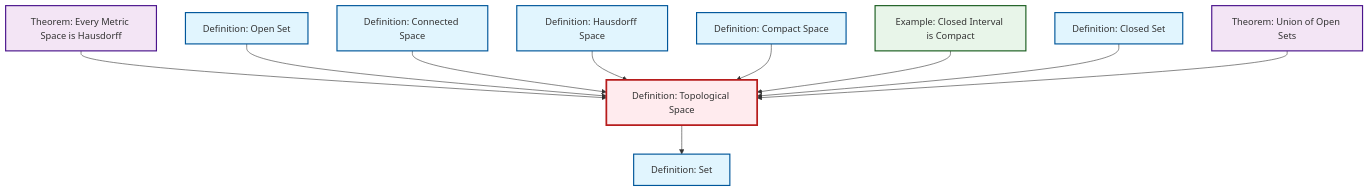
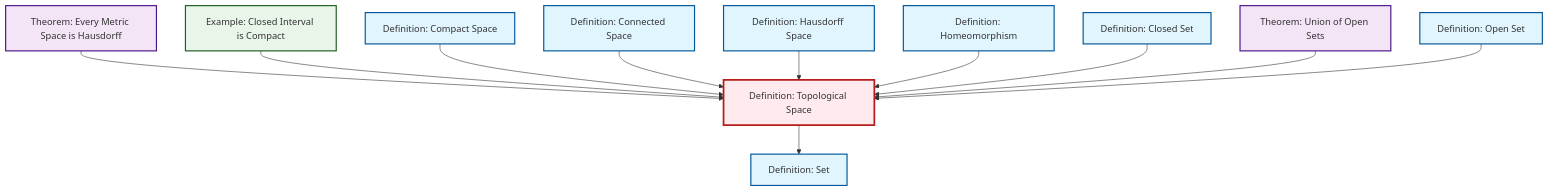
One commit to RK0429/ModernMath changed the diagram in content/en/topology/def-topological-space.qmd. Above: the diagram before and after it, drawn with Mermaid. The commit also changed 474 other files, not shown here.

````diff
--- a/content/en/topology/def-topological-space.qmd
+++ b/content/en/topology/def-topological-space.qmd
@@ -59,38 +59,41 @@
 ```{mermaid}
 %%| fig-cap: "Local dependency graph"
 graph TD
     classDef definition fill:#e1f5fe,stroke:#01579b,stroke-width:2px
     classDef theorem fill:#f3e5f5,stroke:#4a148c,stroke-width:2px
     classDef axiom fill:#fff3e0,stroke:#e65100,stroke-width:2px
     classDef example fill:#e8f5e9,stroke:#1b5e20,stroke-width:2px
     classDef current fill:#ffebee,stroke:#b71c1c,stroke-width:3px
-    def-topological-space["Definition: Topological Space"]:::definition
+    ex-closed-interval-compact["Example: Closed Interval is Compact"]:::example
+    thm-metric-hausdorff["Theorem: Every Metric Space is Hausdorff"]:::theorem
+    def-open-set["Definition: Open Set"]:::definition
     def-set["Definition: Set"]:::definition
-    def-closed-set["Definition: Closed Set"]:::definition
-    ex-closed-interval-compact["Example: Closed Interval is Compact"]:::example
+    def-homeomorphism["Definition: Homeomorphism"]:::definition
     thm-union-open-sets["Theorem: Union of Open Sets"]:::theorem
     def-connected["Definition: Connected Space"]:::definition
-    def-open-set["Definition: Open Set"]:::definition
+    def-closed-set["Definition: Closed Set"]:::definition
+    def-topological-space["Definition: Topological Space"]:::definition
     def-hausdorff["Definition: Hausdorff Space"]:::definition
-    thm-metric-hausdorff["Theorem: Every Metric Space is Hausdorff"]:::theorem
     def-compact["Definition: Compact Space"]:::definition
     thm-metric-hausdorff --> def-topological-space
-    def-open-set --> def-topological-space
+    def-topological-space --> def-set
+    ex-closed-interval-compact --> def-topological-space
+    def-compact --> def-topological-space
     def-connected --> def-topological-space
     def-hausdorff --> def-topological-space
-    def-compact --> def-topological-space
-    ex-closed-interval-compact --> def-topological-space
-    def-topological-space --> def-set
+    def-homeomorphism --> def-topological-space
     def-closed-set --> def-topological-space
     thm-union-open-sets --> def-topological-space
+    def-open-set --> def-topological-space
     class def-topological-space current
+    click ex-closed-interval-compact "ex-closed-interval-compact.html" "Go to Closed Interval is Compact example"
+    click thm-metric-hausdorff "thm-metric-hausdorff.html" "Go to Every Metric Space is Hausdorff theorem"
+    click def-open-set "def-open-set.html" "Go to Open Set definition"
     click def-set "def-set.html" "Go to Set definition"
-    click def-closed-set "def-closed-set.html" "Go to Closed Set definition"
-    click ex-closed-interval-compact "ex-closed-interval-compact.html" "Go to Closed Interval is Compact example"
+    click def-homeomorphism "def-homeomorphism.html" "Go to Homeomorphism definition"
     click thm-union-open-sets "thm-union-open-sets.html" "Go to Union of Open Sets theorem"
     click def-connected "def-connected.html" "Go to Connected Space definition"
-    click def-open-set "def-open-set.html" "Go to Open Set definition"
+    click def-closed-set "def-closed-set.html" "Go to Closed Set definition"
     click def-hausdorff "def-hausdorff.html" "Go to Hausdorff Space definition"
-    click thm-metric-hausdorff "thm-metric-hausdorff.html" "Go to Every Metric Space is Hausdorff theorem"
     click def-compact "def-compact.html" "Go to Compact Space definition"
 ```
````
